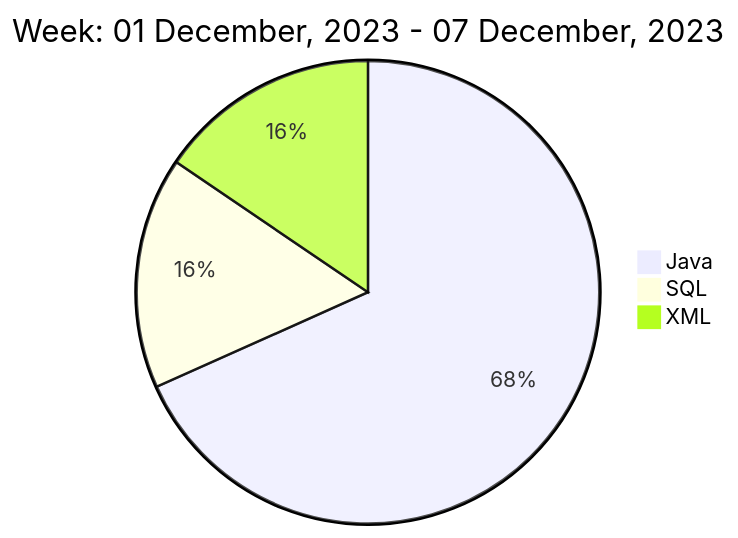
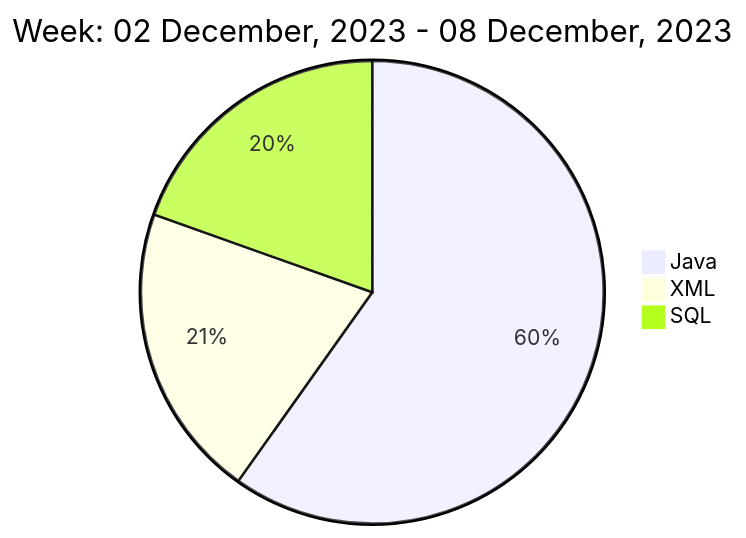
One commit to liubin95/liubin95 changed the diagram in README.md. Above: the diagram before and after it, drawn with Mermaid.

Commit message:
Updated the Graph with new Metrics

````diff
--- a/README.md
+++ b/README.md
@@ -37,7 +37,7 @@
 ```mermaid
  pie
-title Week: 01 December, 2023 - 07 December, 2023
- "Java" : 7.93
- "SQL" : 1.88
- "XML" : 1.8
+title Week: 02 December, 2023 - 08 December, 2023
+ "Java" : 6.73
+ "XML" : 2.32
+ "SQL" : 2.2
 ```
````
